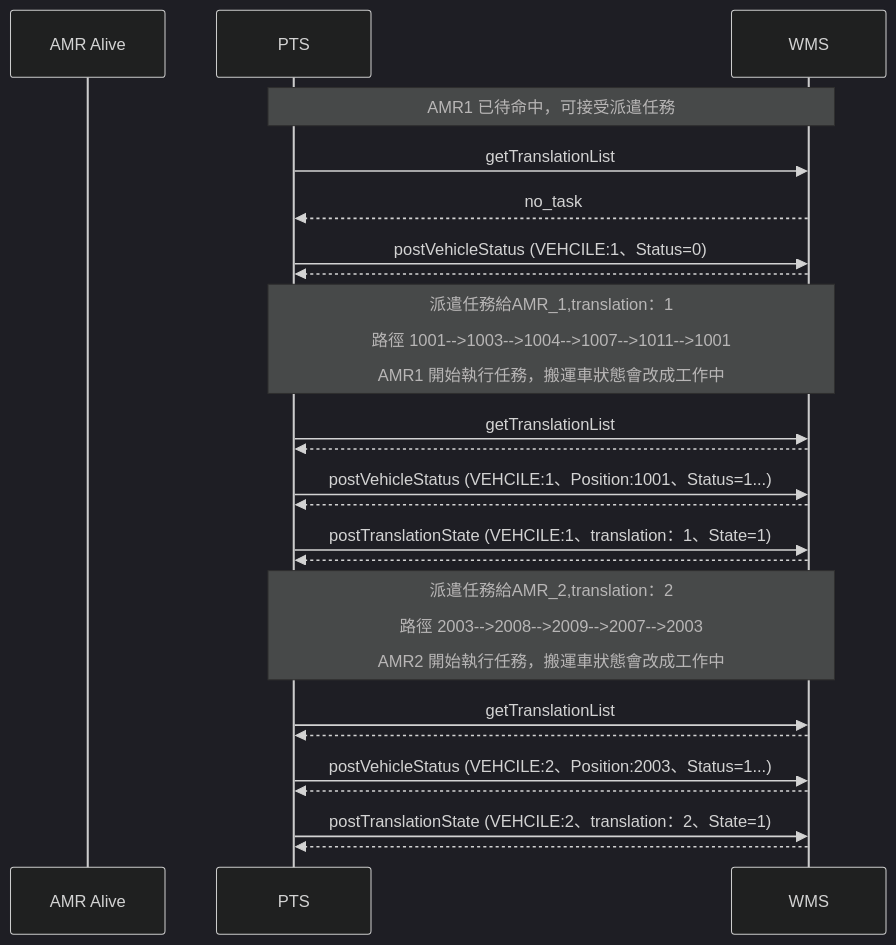
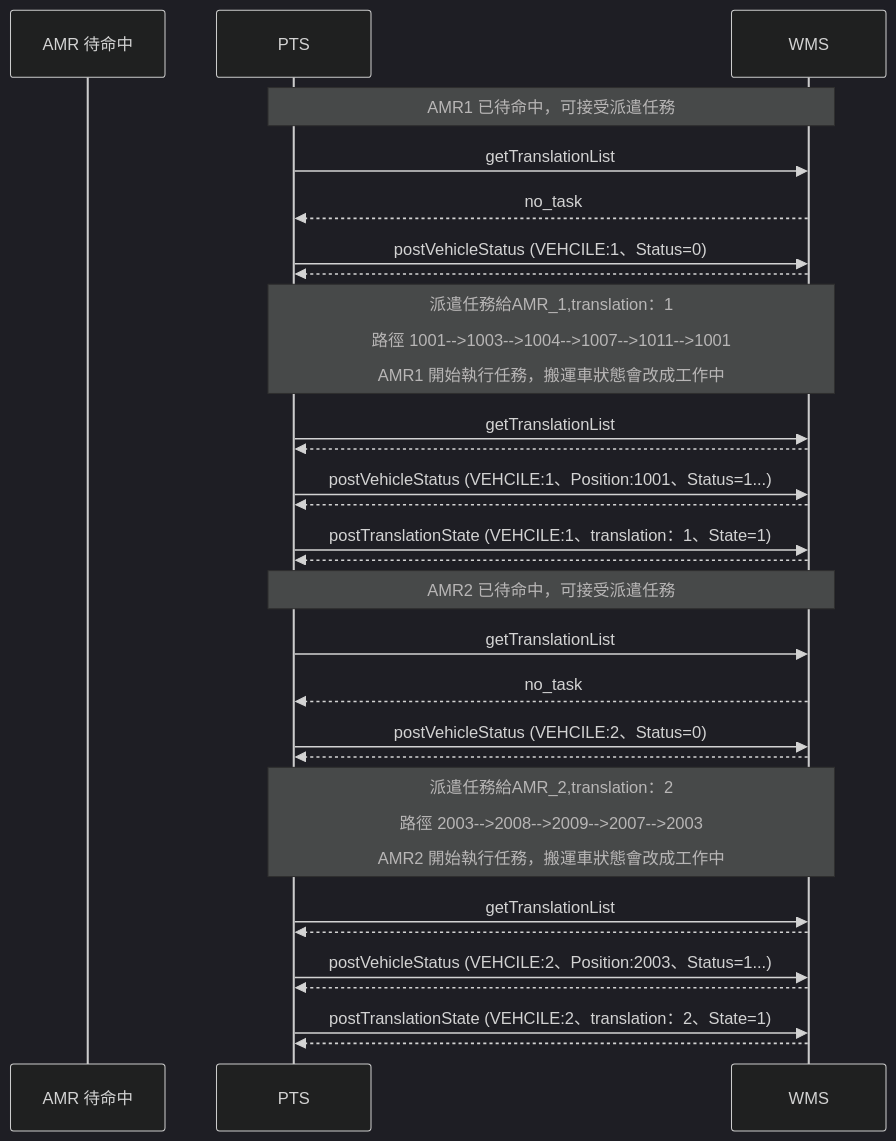
One commit to athena-tircgo/amr-wms-lsj changed the sixth of 7 diagrams in README.md. Above: the diagram before and after it, drawn with Mermaid (dark theme). The commit also changed other lines of this file, not shown here.

````diff
--- a/README.md
+++ b/README.md
@@ -340,30 +340,35 @@
 ```mermaid
 sequenceDiagram
-    participant AMR Alive
+    participant AMR 待命中
     participant PTS
     participant WMS
 
 note over PTS,WMS: AMR1 已待命中，可接受派遣任務
         PTS->>WMS: getTranslationList
         WMS-->>PTS: no_task
         PTS->>WMS: postVehicleStatus (VEHCILE:1、Status=0)
         WMS-->>PTS:
         
 note over PTS,WMS: 派遣任務給AMR_1,translation：1<br><br>路徑 1001-->1003-->1004-->1007-->1011-->1001<br><br>AMR1 開始執行任務，搬運車狀態會改成工作中
      PTS->>WMS: getTranslationList
      WMS-->>PTS:
      PTS->>WMS: postVehicleStatus (VEHCILE:1、Position:1001、Status=1...)
      WMS-->>PTS:
      PTS->>WMS: postTranslationState (VEHCILE:1、translation：1、State=1)
      WMS-->>PTS:
 
+note over PTS,WMS: AMR2 已待命中，可接受派遣任務
+        PTS->>WMS: getTranslationList
+        WMS-->>PTS: no_task
+        PTS->>WMS: postVehicleStatus (VEHCILE:2、Status=0)
+        WMS-->>PTS:
 
 note over PTS,WMS: 派遣任務給AMR_2,translation：2<br><br>路徑 2003-->2008-->2009-->2007-->2003<br><br>AMR2 開始執行任務，搬運車狀態會改成工作中
      PTS->>WMS: getTranslationList
      WMS-->>PTS:
      PTS->>WMS: postVehicleStatus (VEHCILE:2、Position:2003、Status=1...)
      WMS-->>PTS:
      PTS->>WMS: postTranslationState (VEHCILE:2、translation：2、State=1)
      WMS-->>PTS:
 
 ```
````
